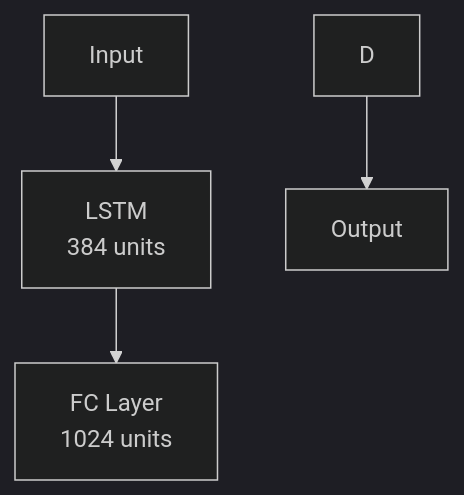
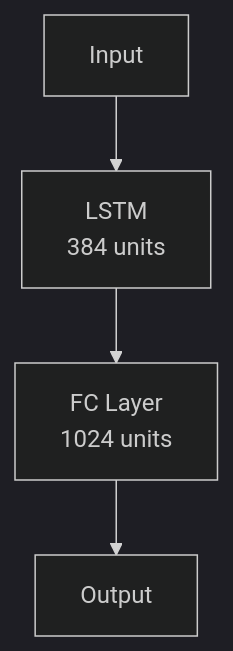
Before and after one commit to farahpiralic/ASLens-Test: the diagram in README.md, drawn with Mermaid (dark theme).

````diff
--- a/README.md
+++ b/README.md
@@ -68,6 +68,6 @@
 ```mermaid
 graph TD
     A[Input] --> B[LSTM<br>384 units]
     B --> C[FC Layer<br>1024 units]
-    D --> E[Output]
+    C --> D[Output]
 ```
````
